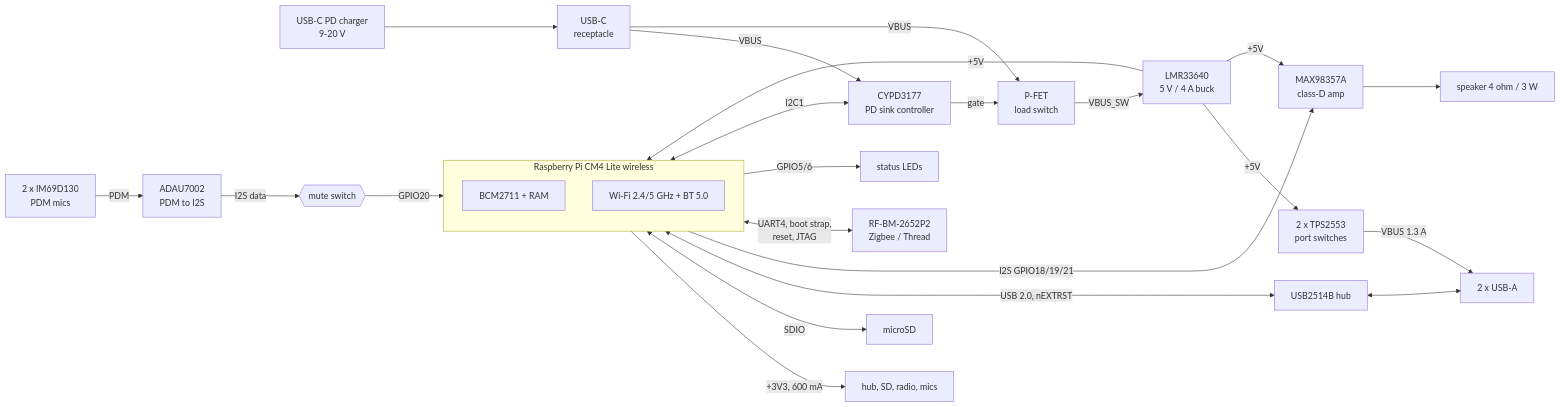
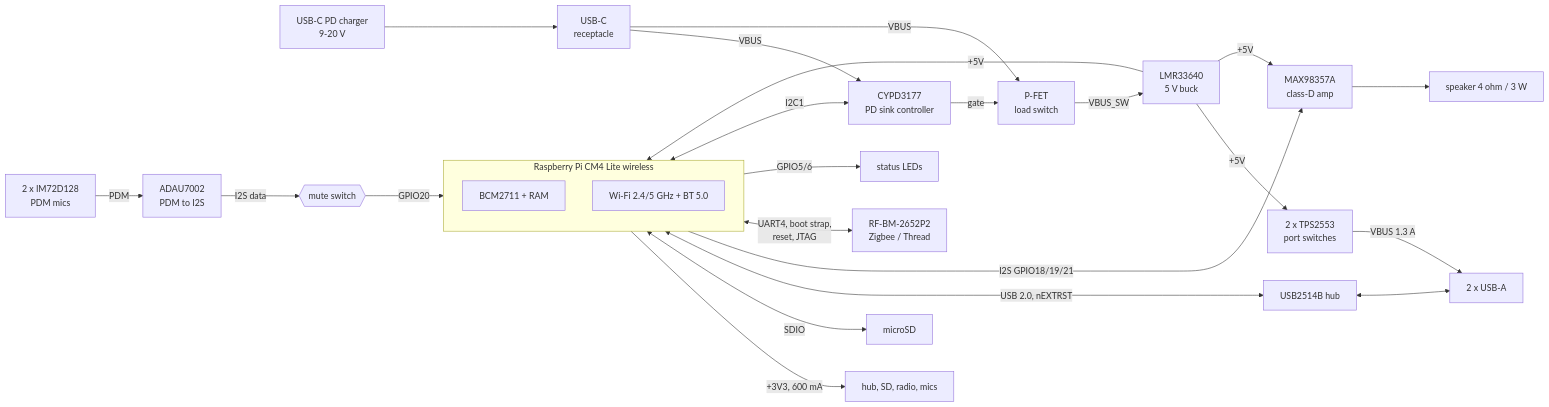
The first of 2 diagrams in README.md (geilevideossos-gamedev/fable-sbc-test), drawn with Mermaid before and after one commit. The commit also changed other lines of this file and 6 other files, not shown here.

````diff
--- a/README.md
+++ b/README.md
@@ -55,32 +63,32 @@
 ```mermaid
 flowchart LR
     PD[USB-C PD charger<br/>9-20 V] --> J1[USB-C<br/>receptacle]
     J1 -->|VBUS| BCR[CYPD3177<br/>PD sink controller]
     J1 -->|VBUS| Q1[P-FET<br/>load switch]
     BCR -->|gate| Q1
-    Q1 -->|VBUS_SW| BUCK[LMR33640<br/>5 V / 4 A buck]
+    Q1 -->|VBUS_SW| BUCK[LMR33640<br/>5 V buck]
     BUCK -->|+5V| CM4
     BUCK -->|+5V| SW[2 x TPS2553<br/>port switches]
     BUCK -->|+5V| AMP[MAX98357A<br/>class-D amp]
 
     subgraph CM4[Raspberry Pi CM4 Lite wireless]
         SOC[BCM2711 + RAM]
         WIFI[Wi-Fi 2.4/5 GHz + BT 5.0]
     end
     CM4 -->|+3V3, 600 mA| LOADS[hub, SD, radio, mics]
 
     CM4 <-->|SDIO| SD[microSD]
     CM4 <-->|USB 2.0, nEXTRST| HUB[USB2514B hub]
     HUB <--> USBA[2 x USB-A]
     SW -->|VBUS 1.3 A| USBA
 
-    MIC[2 x IM69D130<br/>PDM mics] -->|PDM| ADAU[ADAU7002<br/>PDM to I2S]
+    MIC[2 x IM72D128<br/>PDM mics] -->|PDM| ADAU[ADAU7002<br/>PDM to I2S]
     ADAU -->|I2S data| MUTE{{mute switch}}
     MUTE -->|GPIO20| CM4
     CM4 -->|I2S GPIO18/19/21| AMP
     AMP --> SPK[speaker 4 ohm / 3 W]
 
     CM4 <-->|UART4, boot strap,<br/>reset, JTAG| ZB[RF-BM-2652P2<br/>Zigbee / Thread]
     CM4 -->|GPIO5/6| LED[status LEDs]
     CM4 <-->|I2C1| BCR
 ```
````
